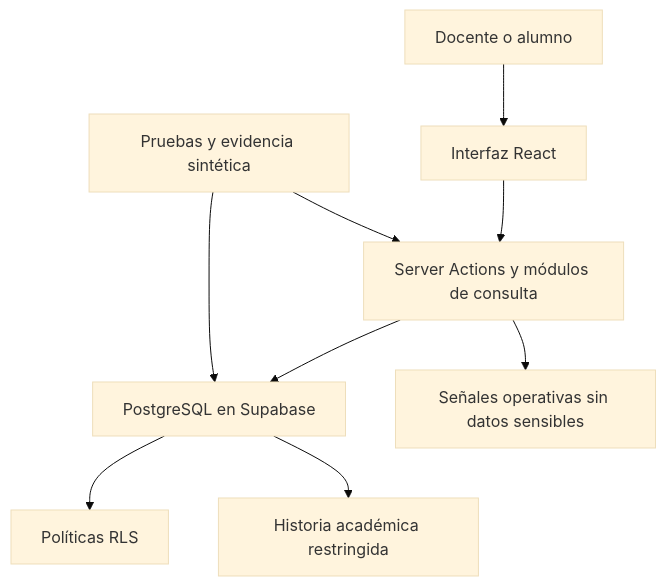
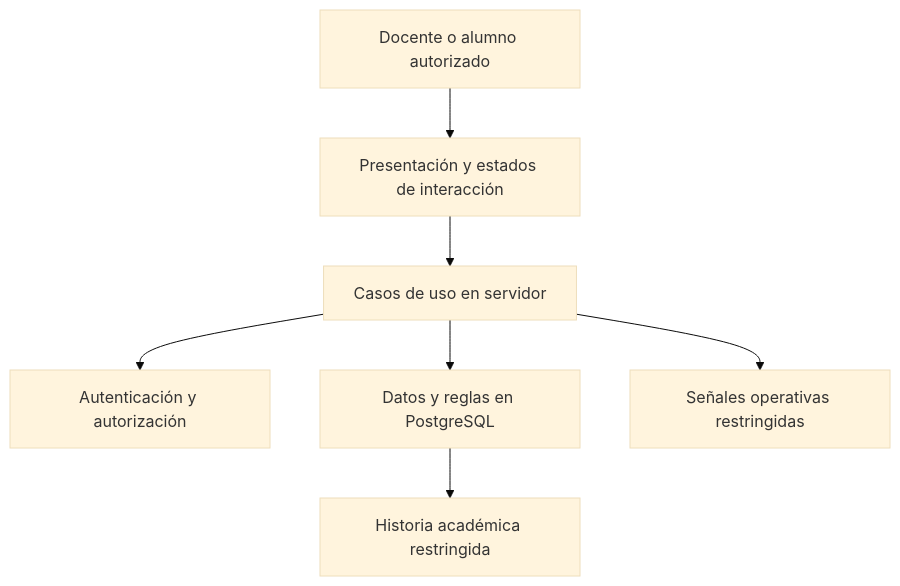
One commit to NickSalA/portfolio-course changed the diagram in development/05-arquitectura-modelo-y-seguridad.md. Above: the diagram before and after it, drawn with Mermaid (base theme). The commit also changed other lines of this file and 10 other files, not shown here.

````diff
--- a/development/05-arquitectura-modelo-y-seguridad.md
+++ b/development/05-arquitectura-modelo-y-seguridad.md
@@ -7,11 +7,9 @@
 ```mermaid
 flowchart TB
-    U[Docente o alumno] --> UI[Interfaz React]
-    UI --> SA[Server Actions y módulos de consulta]
-    SA --> DB[PostgreSQL en Supabase]
-    DB --> RLS[Políticas RLS]
-    DB --> AUD[Historia académica restringida]
-    SA --> SIG[Señales operativas sin datos sensibles]
-    TEST[Pruebas y evidencia sintética] --> SA
-    TEST --> DB
+    D[Docente o alumno autorizado] --> U[Presentación y estados de interacción]
+    U --> S[Casos de uso en servidor]
+    S --> A[Autenticación y autorización]
+    S --> B[Datos y reglas en PostgreSQL]
+    B --> H[Historia académica restringida]
+    S --> O[Señales operativas restringidas]
 ```
````
